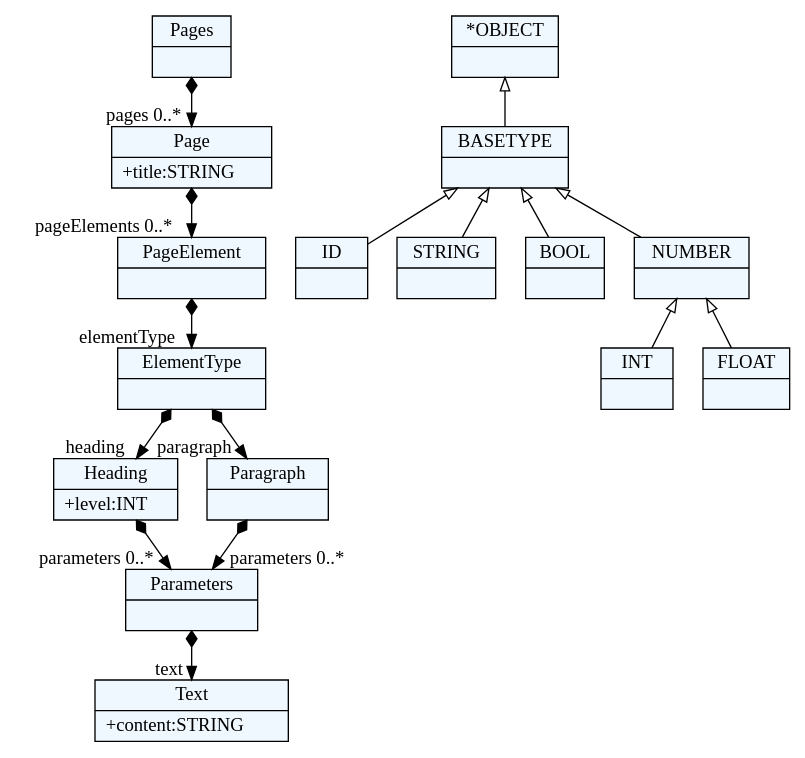
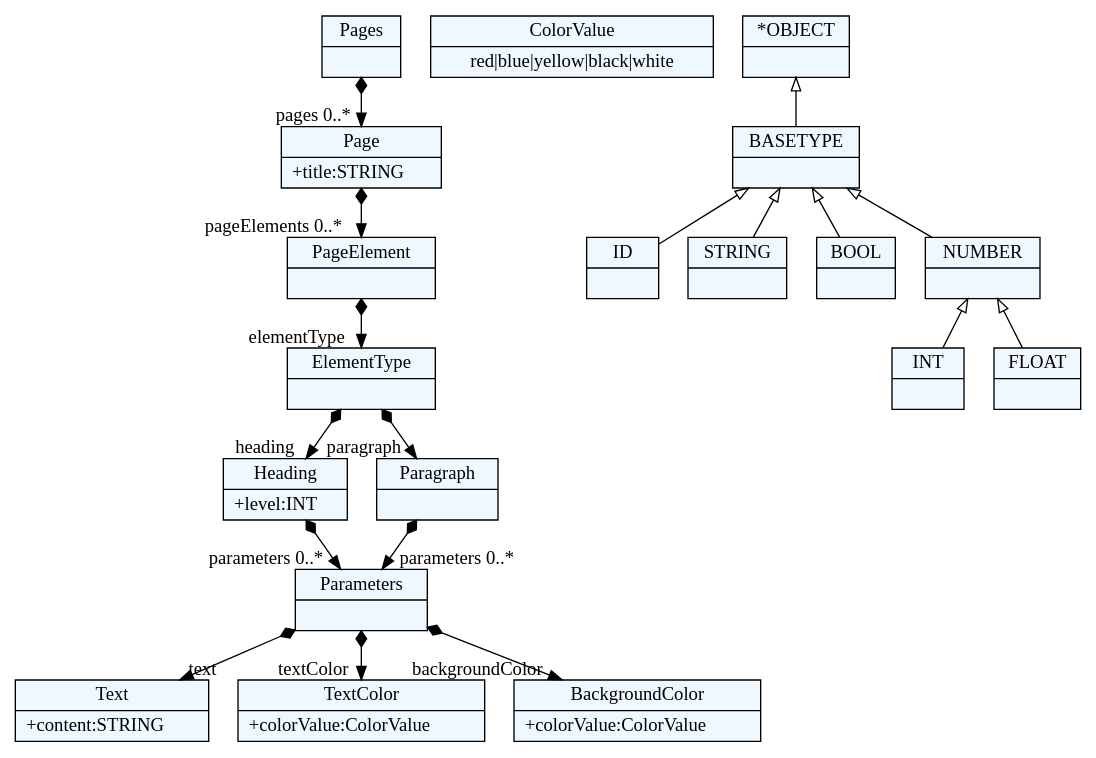
Before and after one commit to jovana992/jsd2017: the diagram in JSD/grammer.dot, drawn with Graphviz. The commit also changed 4 other files, not shown here.

Commit message:
Added rules for text color and background color.

```diff
--- a/JSD/grammer.dot
+++ b/JSD/grammer.dot
@@ -1,62 +1,70 @@
 
     digraph xtext {
     fontname = "Bitstream Vera Sans"
     fontsize = 8
     node[
         shape=record,
         style=filled,
         fillcolor=aliceblue
     ]
     nodesep = 0.3
     edge[dir=black,arrowtail=empty]
 
 
-2120794809352 -> 2120794804632[arrowtail=diamond, dir=both, headlabel="pages 0..*"]
-2120794809352[ label="{Pages|}"]
+1487401569576 -> 1487401601672[arrowtail=diamond, dir=both, headlabel="pages 0..*"]
+1487401569576[ label="{Pages|}"]
 
-2120794804632 -> 2120794818792[arrowtail=diamond, dir=both, headlabel="pageElements 0..*"]
-2120794804632[ label="{Page|+title:STRING\l}"]
+1487401601672 -> 1487401593176[arrowtail=diamond, dir=both, headlabel="pageElements 0..*"]
+1487401601672[ label="{Page|+title:STRING\l}"]
 
-2120794818792 -> 2120794821624[arrowtail=diamond, dir=both, headlabel="elementType "]
-2120794818792[ label="{PageElement|}"]
+1487401593176 -> 1487401597896[arrowtail=diamond, dir=both, headlabel="elementType "]
+1487401593176[ label="{PageElement|}"]
 
-2120794821624 -> 2120794792360[arrowtail=diamond, dir=both, headlabel="heading "]
-2120794821624 -> 2120794795192[arrowtail=diamond, dir=both, headlabel="paragraph "]
-2120794821624[ label="{ElementType|}"]
+1487401597896 -> 1487401570520[arrowtail=diamond, dir=both, headlabel="heading "]
+1487401597896 -> 1487401579016[arrowtail=diamond, dir=both, headlabel="paragraph "]
+1487401597896[ label="{ElementType|}"]
 
-2120794792360 -> 2120794825400[arrowtail=diamond, dir=both, headlabel="parameters 0..*"]
-2120794792360[ label="{Heading|+level:INT\l}"]
+1487401570520 -> 1487401603560[arrowtail=diamond, dir=both, headlabel="parameters 0..*"]
+1487401570520[ label="{Heading|+level:INT\l}"]
 
-2120794795192 -> 2120794825400[arrowtail=diamond, dir=both, headlabel="parameters 0..*"]
-2120794795192[ label="{Paragraph|}"]
+1487401579016 -> 1487401603560[arrowtail=diamond, dir=both, headlabel="parameters 0..*"]
+1487401579016[ label="{Paragraph|}"]
 
-2120794825400 -> 2120794827288[arrowtail=diamond, dir=both, headlabel="text "]
-2120794825400[ label="{Parameters|}"]
+1487401603560 -> 1487401573352[arrowtail=diamond, dir=both, headlabel="text "]
+1487401603560 -> 1487401596952[arrowtail=diamond, dir=both, headlabel="textColor "]
+1487401603560 -> 1487401602616[arrowtail=diamond, dir=both, headlabel="backgroundColor "]
+1487401603560[ label="{Parameters|}"]
 
-2120794827288[ label="{Text|+content:STRING\l}"]
+1487401573352[ label="{Text|+content:STRING\l}"]
 
-2120794914136[ label="{ID|}"]
+1487401596952[ label="{TextColor|+colorValue:ColorValue\l}"]
 
-2120794797080[ label="{STRING|}"]
+1487401602616[ label="{BackgroundColor|+colorValue:ColorValue\l}"]
 
-2120794802744[ label="{BOOL|}"]
+1487401575240[ label="{ColorValue|red\|blue\|yellow\|black\|white}"]
 
-2120794810296[ label="{INT|}"]
+1487400680696[ label="{ID|}"]
 
-2120794808408[ label="{FLOAT|}"]
+1487401589400[ label="{STRING|}"]
 
-2120794798968[ label="{NUMBER|}"]
-2120794798968 -> 2120794808408 [dir=back]
-2120794798968 -> 2120794810296 [dir=back]
+1487401595064[ label="{BOOL|}"]
 
-2120794815016[ label="{BASETYPE|}"]
-2120794815016 -> 2120794798968 [dir=back]
-2120794815016 -> 2120794802744 [dir=back]
-2120794815016 -> 2120794914136 [dir=back]
-2120794815016 -> 2120794797080 [dir=back]
+1487401571464[ label="{INT|}"]
 
-2120794805576[ label="{*OBJECT|}"]
-2120794805576 -> 2120794815016 [dir=back]
+1487401587512[ label="{FLOAT|}"]
+
+1487401600728[ label="{NUMBER|}"]
+1487401600728 -> 1487401587512 [dir=back]
+1487401600728 -> 1487401571464 [dir=back]
+
+1487401585624[ label="{BASETYPE|}"]
+1487401585624 -> 1487401600728 [dir=back]
+1487401585624 -> 1487401595064 [dir=back]
+1487401585624 -> 1487400680696 [dir=back]
+1487401585624 -> 1487401589400 [dir=back]
+
+1487401580904[ label="{*OBJECT|}"]
+1487401580904 -> 1487401585624 [dir=back]
 
 
 }
```
